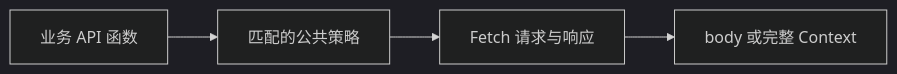
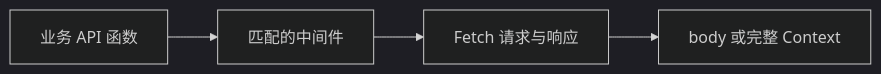
Before and after one commit to momojs/momo: the diagram in website/content/docs/drive/index.mdx, drawn with Mermaid (dark theme). The commit also changed other lines of this file and 14 other files, not shown here.

````diff
--- a/website/content/docs/drive/index.mdx
+++ b/website/content/docs/drive/index.mdx
@@ -73,6 +73,6 @@
 ```mermaid
 flowchart LR
-  A["业务 API 函数"] --> B["匹配的公共策略"]
+  A["业务 API 函数"] --> B["匹配的中间件"]
   B --> C["Fetch 请求与响应"]
   C --> D["body 或完整 Context"]
 ```
````
